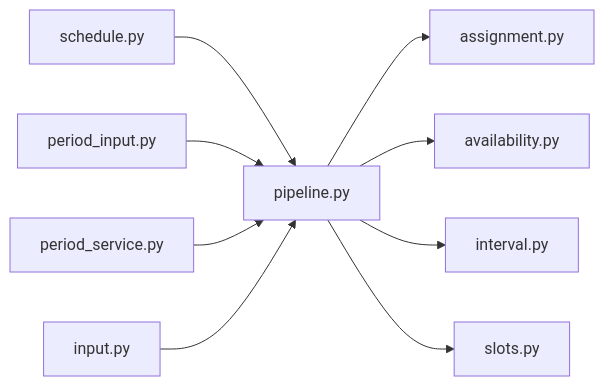
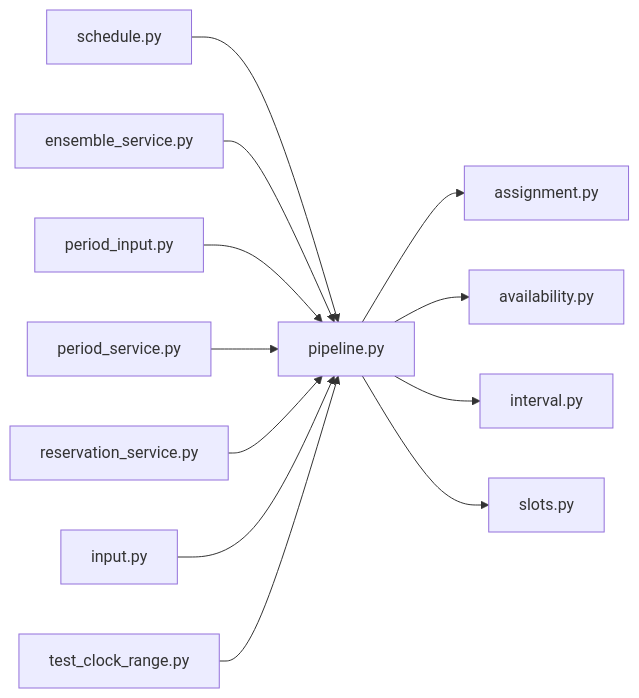
One commit to minkong-dev/Banblit changed the diagram in .cluedoc/graph/backend/src/backend/scheduling/pipeline.md. Above: the diagram before and after it, drawn with Mermaid. The commit also changed other lines of this file and 37 other files, not shown here.

````diff
--- a/.cluedoc/graph/backend/src/backend/scheduling/pipeline.md
+++ b/.cluedoc/graph/backend/src/backend/scheduling/pipeline.md
@@ -10,12 +10,15 @@
 ```mermaid
 flowchart LR
   backend_src_backend_scheduling_pipeline["pipeline.py"]
   backend_src_backend_scheduling_pipeline --> backend_src_backend_scheduling_assignment["assignment.py"]
   backend_src_backend_scheduling_pipeline --> backend_src_backend_scheduling_availability["availability.py"]
   backend_src_backend_scheduling_pipeline --> backend_src_backend_scheduling_interval["interval.py"]
   backend_src_backend_scheduling_pipeline --> backend_src_backend_scheduling_slots["slots.py"]
   backend_src_backend_api_routers_schedule["schedule.py"] --> backend_src_backend_scheduling_pipeline
+  backend_src_backend_services_period_ensemble_service["ensemble_service.py"] --> backend_src_backend_scheduling_pipeline
   backend_src_backend_services_period_period_input["period_input.py"] --> backend_src_backend_scheduling_pipeline
   backend_src_backend_services_period_period_service["period_service.py"] --> backend_src_backend_scheduling_pipeline
+  backend_src_backend_services_reservation_reservation_service["reservation_service.py"] --> backend_src_backend_scheduling_pipeline
   backend_src_backend_services_validation_input["input.py"] --> backend_src_backend_scheduling_pipeline
+  backend_tests_unit_test_clock_range["test_clock_range.py"] --> backend_src_backend_scheduling_pipeline
 ```
````
